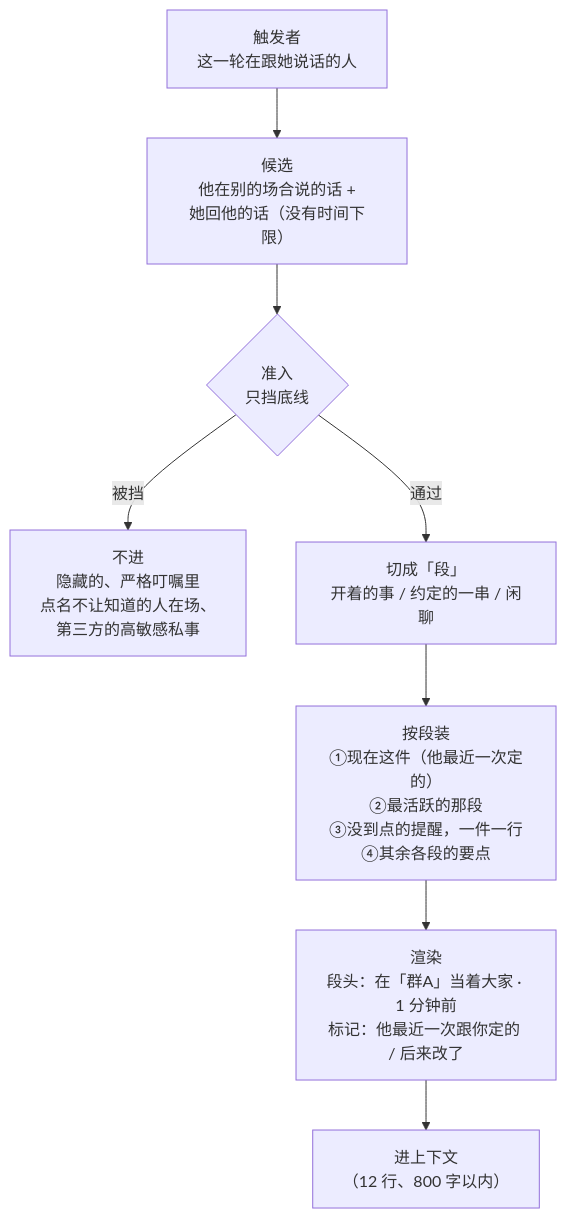
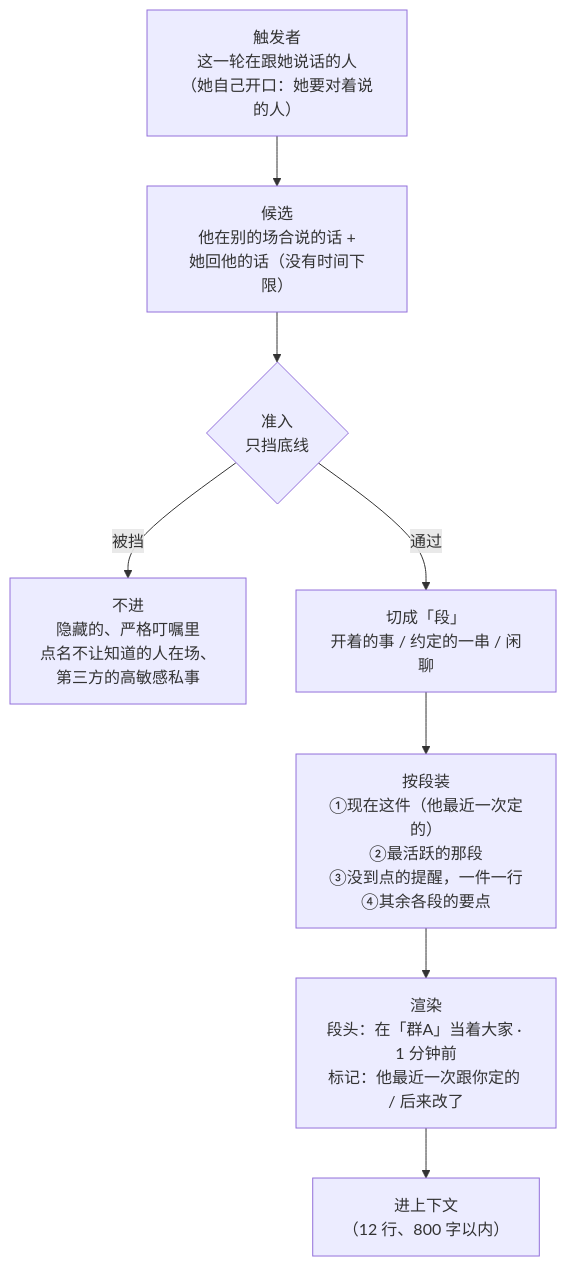
One commit to QiuYeDx/dsh-rugu changed the fifth of 9 diagrams in docs/图解.md. Above: the diagram before and after it, drawn with Mermaid. The commit also changed other lines of this file and 12 other files, not shown here.

````diff
--- a/docs/图解.md
+++ b/docs/图解.md
@@ -191,10 +191,10 @@
 ```mermaid
 flowchart TB
-  TR["触发者<br/>这一轮在跟她说话的人"] --> CA["候选<br/>他在别的场合说的话 +<br/>她回他的话（没有时间下限）"]
+  TR["触发者<br/>这一轮在跟她说话的人<br/>（她自己开口：她要对着说的人）"] --> CA["候选<br/>他在别的场合说的话 +<br/>她回他的话（没有时间下限）"]
   CA --> AD{"准入<br/>只挡底线"}
   AD -->|被挡| X["不进<br/>隐藏的、严格叮嘱里<br/>点名不让知道的人在场、<br/>第三方的高敏感私事"]
   AD -->|通过| UN["切成「段」<br/>开着的事 / 约定的一串 / 闲聊"]
   UN --> SEL["按段装<br/>①现在这件（他最近一次定的）<br/>②最活跃的那段<br/>③没到点的提醒，一件一行<br/>④其余各段的要点"]
   SEL --> RD["渲染<br/>段头：在「群A」当着大家 · 1 分钟前<br/>标记：他最近一次跟你定的 / 后来改了"]
   RD --> OUT["进上下文<br/>（12 行、800 字以内）"]
 ```
````
